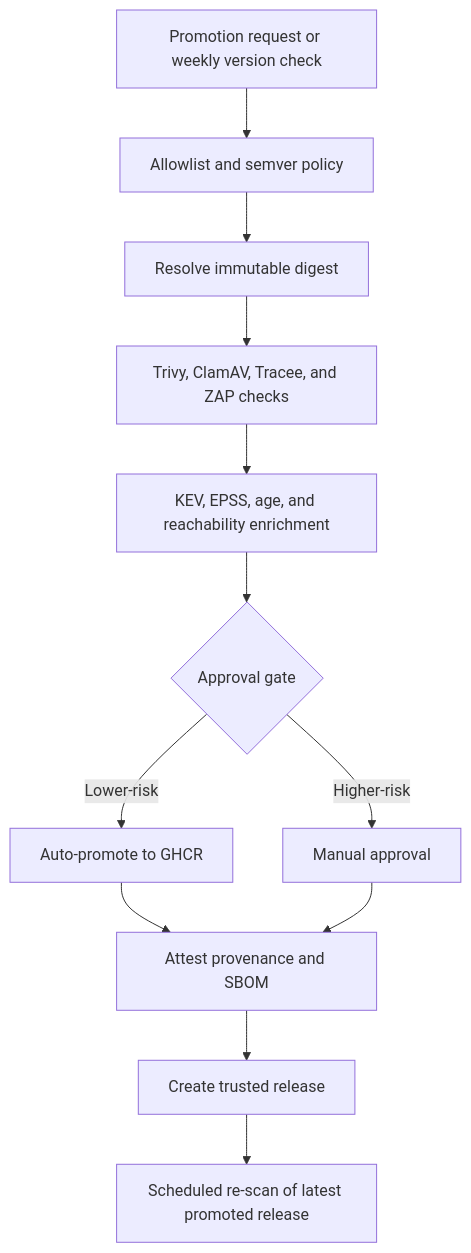
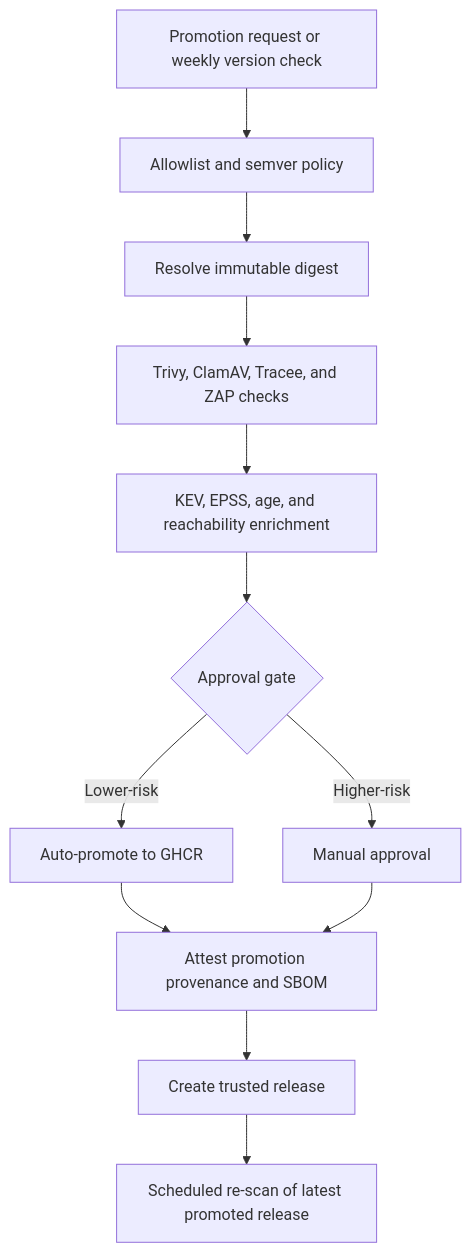
Before and after one commit to llody9977/artifactgate: the diagram in README.md, drawn with Mermaid. The commit also changed other lines of this file and 3 other files, not shown here.

````diff
--- a/README.md
+++ b/README.md
@@ -25,14 +74,14 @@
 ```mermaid
 flowchart TD
     A["Promotion request or weekly version check"] --> B["Allowlist and semver policy"]
     B --> C["Resolve immutable digest"]
     C --> D["Trivy, ClamAV, Tracee, and ZAP checks"]
     D --> E["KEV, EPSS, age, and reachability enrichment"]
     E --> F{"Approval gate"}
     F -->|Lower-risk| G["Auto-promote to GHCR"]
     F -->|Higher-risk| H["Manual approval"]
-    G --> I["Attest provenance and SBOM"]
+    G --> I["Attest promotion provenance and SBOM"]
     H --> I
     I --> J["Create trusted release"]
     J --> K["Scheduled re-scan of latest promoted release"]
 ```
````
